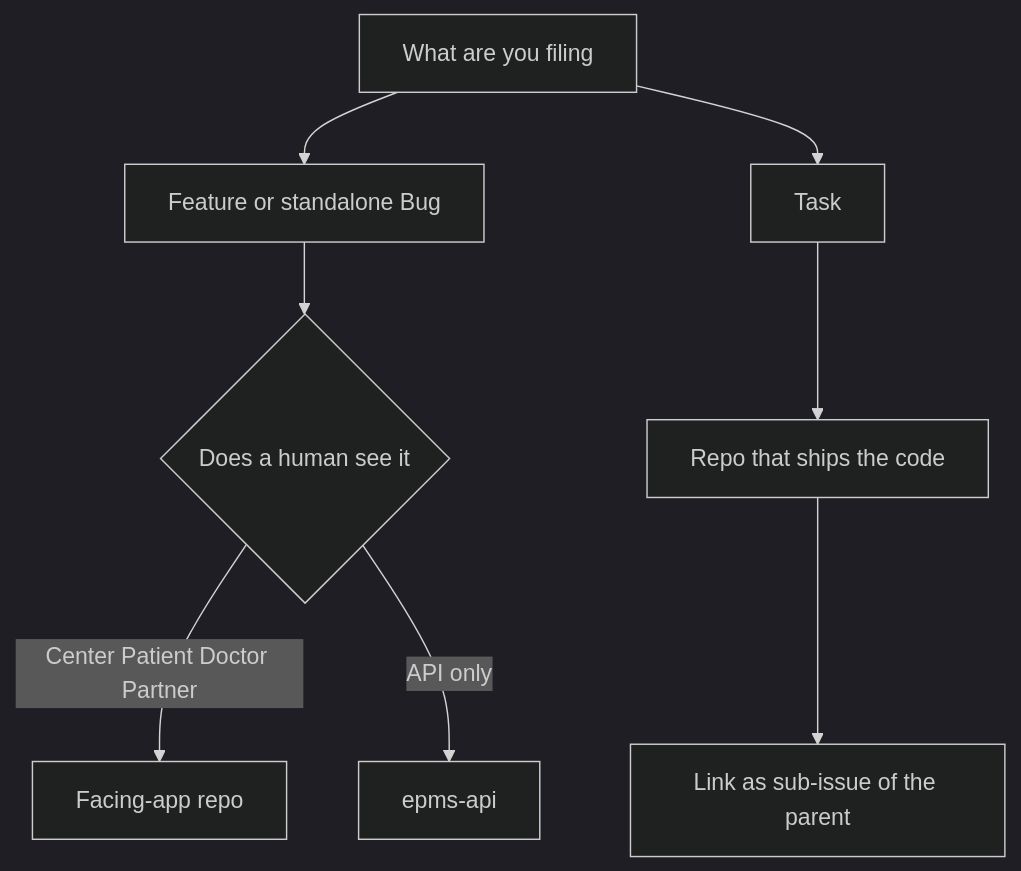
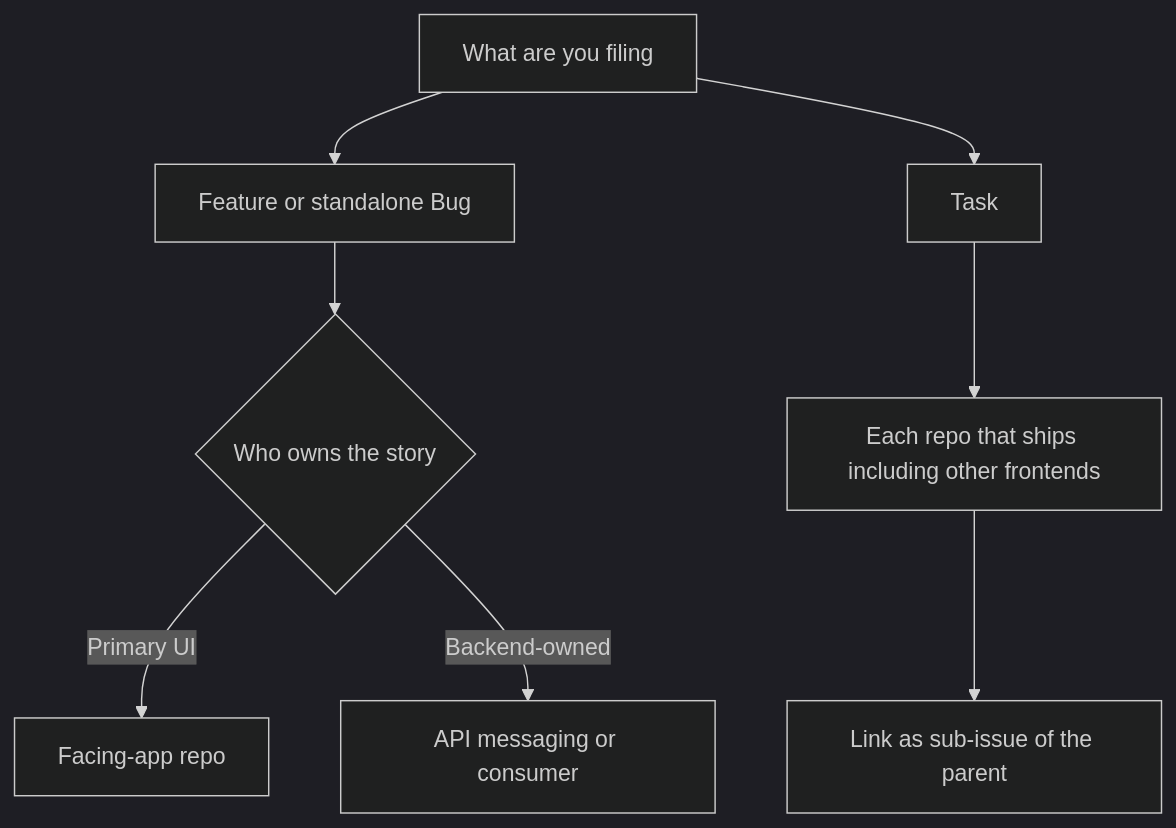
The second of 3 diagrams in CONTRIBUTING.md (E-Konsulta-Medical-Clinic/.github), drawn with Mermaid (dark theme) before and after one commit. The commit also changed other lines of this file and 2 other files, not shown here.

````diff
--- a/CONTRIBUTING.md
+++ b/CONTRIBUTING.md
@@ -62,11 +65,11 @@
 ```mermaid
 flowchart TD
   what[What are you filing]
   what --> feat[Feature or standalone Bug]
   what --> task[Task]
-  feat --> ui{Does a human see it}
-  ui -->|Center Patient Doctor Partner| appRepo[Facing-app repo]
-  ui -->|API only| apiRepo[epms-api]
-  task --> impl[Repo that ships the code]
+  feat --> owner{Who owns the story}
+  owner -->|Primary UI| appRepo[Facing-app repo]
+  owner -->|Backend-owned| backendRepo[API messaging or consumer]
+  task --> impl[Each repo that ships including other frontends]
   impl --> link[Link as sub-issue of the parent]
 ```
````
